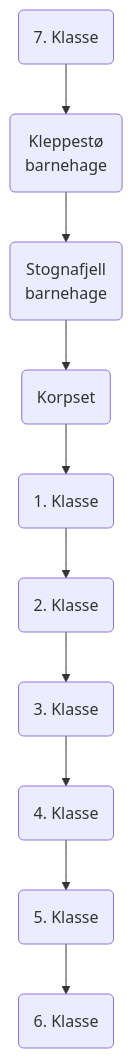
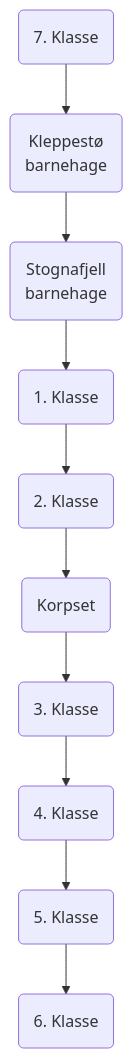
The diagram in tog.md (17maiklbs/17maiklbs.github.io), drawn with Mermaid before and after one commit. The commit also changed 1 other file, not shown here.

Commit message:
fiks tid på oppstart og rekkefølge på tog

```diff
--- a/tog.md
+++ b/tog.md
@@ -19,12 +19,12 @@
           <div class="mermaid">
             graph TD
               1(7. Klasse) --> 2(Kleppestø<br>barnehage)
               2(Kleppestø<br>barnehage) --> 3(Stognafjell<br>barnehage)
-              3(Stognafjell<br>barnehage) --> 4(Korpset)
-              4(Korpset) --> 5(1. Klasse)
-              5(1. Klasse) --> 6(1. Klasse)
-              6(2. Klasse) --> 7(3. Klasse)
+              3(Stognafjell<br>barnehage) --> 4(1. Klasse)
+              4(1. Klasse) --> 5(2. Klasse)
+              5(2. Klasse) --> 6(Korpset)
+              6(Korpset) --> 7(3. Klasse)
               7(3. Klasse) --> 8(4. Klasse)
               8(4. Klasse) --> 9(5. Klasse)
               9(5. Klasse) --> 10(6. Klasse)
           </div>
```
